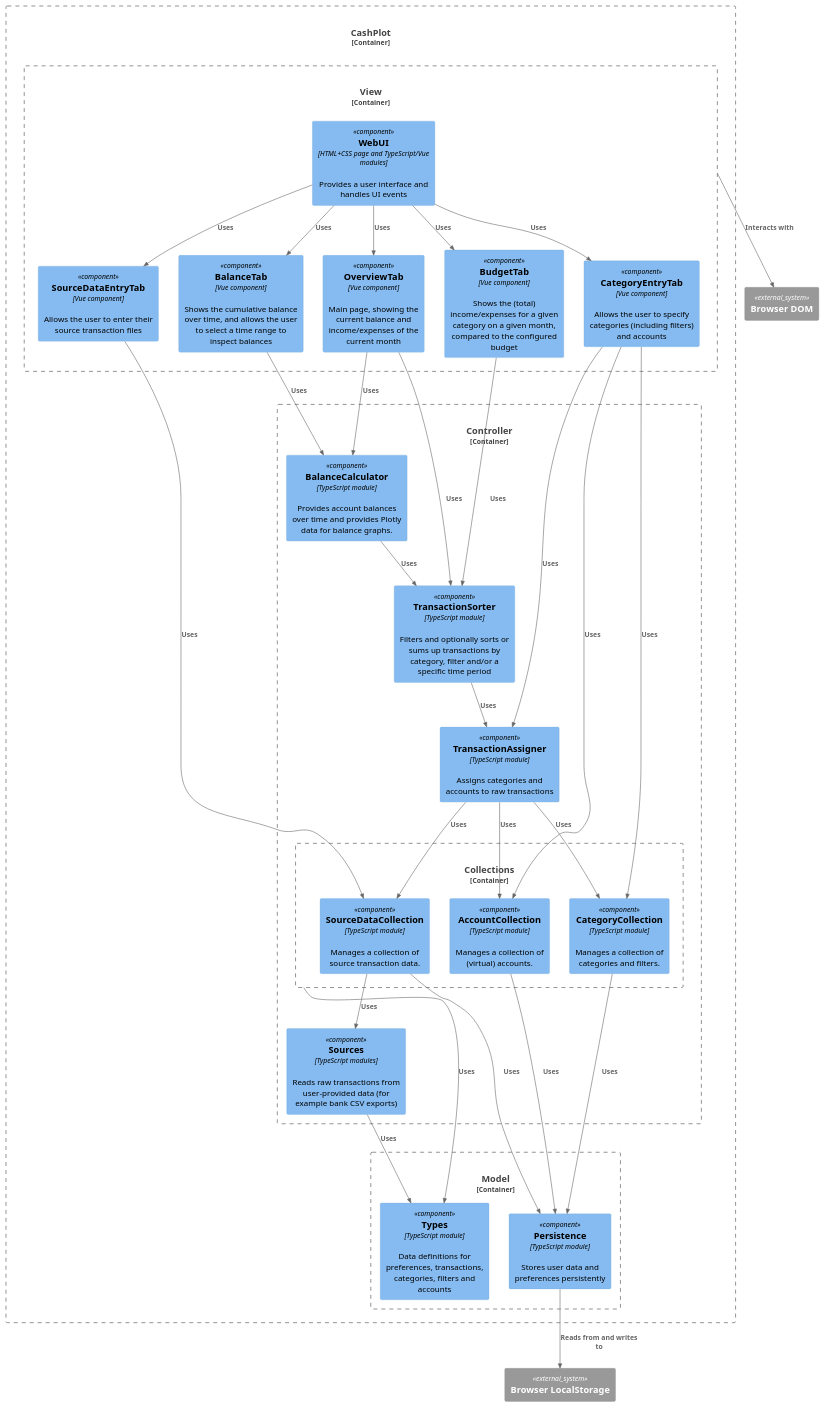
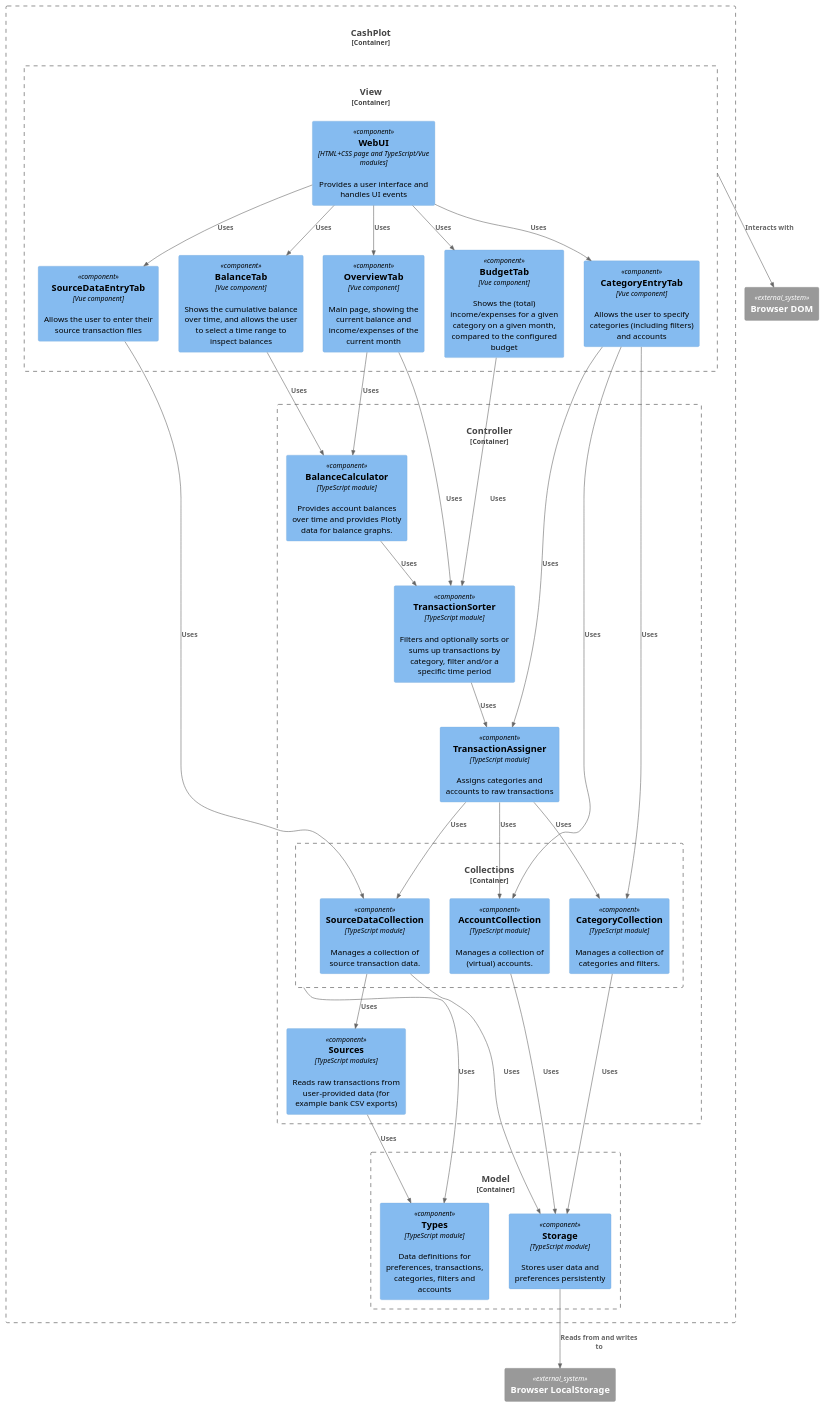
One commit to cuiter/cashplot changed the diagram in design/ComponentDiagram.plantuml. Above: the diagram before and after it, drawn with PlantUML. The commit also changed 10 other files, not shown here.

Commit message:
Refactor: rename component Persistence -> Storage

```diff
--- a/design/ComponentDiagram.plantuml
+++ b/design/ComponentDiagram.plantuml
@@ -1,70 +1,70 @@
 @startuml
 
 !include https://raw.githubusercontent.com/plantuml-stdlib/C4-PlantUML/v2.3.0/C4_Context.puml
 !include https://raw.githubusercontent.com/plantuml-stdlib/C4-PlantUML/v2.3.0/C4_Container.puml
 !include https://raw.githubusercontent.com/plantuml-stdlib/C4-PlantUML/v2.3.0/C4_Component.puml
 
 
 Container_Boundary(cashplot_container, "CashPlot") {
     Container_Boundary(view_container, "View") {
         Component(ui_component, "WebUI", "HTML+CSS page and TypeScript/Vue modules", "Provides a user interface and handles UI events")
         Component(overview_tab_component, "OverviewTab", "Vue component", "Main page, showing the current balance and income/expenses of the current month")
         Component(source_data_entry_tab_component, "SourceDataEntryTab", "Vue component", "Allows the user to enter their source transaction files")
         Component(category_entry_tab_component, "CategoryEntryTab", "Vue component", "Allows the user to specify categories (including filters) and accounts")
         Component(budget_tab_component, "BudgetTab", "Vue component", "Shows the (total) income/expenses for a given category on a given month, compared to the configured budget")
         Component(balance_tab_component, "BalanceTab", "Vue component", "Shows the cumulative balance over time, and allows the user to select a time range to inspect balances")
     }
     Container_Boundary(controller_container, "Controller") {
         Container_Boundary(collections_container, "Collections") {
             Component(source_data_collection_component, "SourceDataCollection", "TypeScript module", "Manages a collection of source transaction data.")
             Component(category_collection_component, "CategoryCollection", "TypeScript module", "Manages a collection of categories and filters.")
             Component(account_collection_component, "AccountCollection", "TypeScript module", "Manages a collection of (virtual) accounts.")
         }
         Component(balance_calculator_component, "BalanceCalculator", "TypeScript module", "Provides account balances over time and provides Plotly data for balance graphs.")
         Component(transaction_sorter_component, "TransactionSorter", "TypeScript module", "Filters and optionally sorts or sums up transactions by category, filter and/or a specific time period")
         Component(transaction_assigner_component, "TransactionAssigner", "TypeScript module", "Assigns categories and accounts to raw transactions")
         Component(sources_component, "Sources", "TypeScript modules", "Reads raw transactions from user-provided data (for example bank CSV exports)")
     }
     Container_Boundary(model_container, "Model") {
-        Component(persistence_component, "Persistence", "TypeScript module", "Stores user data and preferences persistently")
+        Component(storage_component, "Storage", "TypeScript module", "Stores user data and preferences persistently")
         Component(types_component, "Types", "TypeScript module", "Data definitions for preferences, transactions, categories, filters and accounts")
     }
 
     Rel(ui_component, overview_tab_component, "Uses")
     Rel(ui_component, source_data_entry_tab_component, "Uses")
     Rel(ui_component, category_entry_tab_component, "Uses")
     Rel(ui_component, budget_tab_component, "Uses")
     Rel(ui_component, balance_tab_component, "Uses")
 
 
     Rel(source_data_entry_tab_component, source_data_collection_component, "Uses")
     Rel(category_entry_tab_component, category_collection_component, "Uses")
     Rel(category_entry_tab_component, account_collection_component, "Uses")
     Rel(category_entry_tab_component, transaction_assigner_component, "Uses")
     Rel(balance_tab_component, balance_calculator_component, "Uses")
     Rel(budget_tab_component, transaction_sorter_component, "Uses")
     Rel(overview_tab_component, balance_calculator_component, "Uses")
     Rel(overview_tab_component, transaction_sorter_component, "Uses")
 
-    Rel(source_data_collection_component, persistence_component, "Uses")
+    Rel(source_data_collection_component, storage_component, "Uses")
     Rel(source_data_collection_component, sources_component, "Uses")
-    Rel(category_collection_component, persistence_component, "Uses")
-    Rel(account_collection_component, persistence_component, "Uses")
+    Rel(category_collection_component, storage_component, "Uses")
+    Rel(account_collection_component, storage_component, "Uses")
     Rel(transaction_sorter_component, transaction_assigner_component, "Uses")
     Rel(transaction_assigner_component, source_data_collection_component, "Uses")
     Rel(transaction_assigner_component, category_collection_component, "Uses")
     Rel(transaction_assigner_component, account_collection_component, "Uses")
     Rel(balance_calculator_component, transaction_sorter_component, "Uses")
 
     Rel(collections_container, types_component, "Uses")
     Rel(sources_component, types_component, "Uses")
 }
 
 System_Ext(browser_dom, "Browser DOM")
 System_Ext(browser_localstorage, "Browser LocalStorage")
 
 Rel(view_container, browser_dom, "Interacts with")
-Rel(persistence_component, browser_localstorage, "Reads from and writes to")
+Rel(storage_component, browser_localstorage, "Reads from and writes to")
 
 
 @enduml
```
